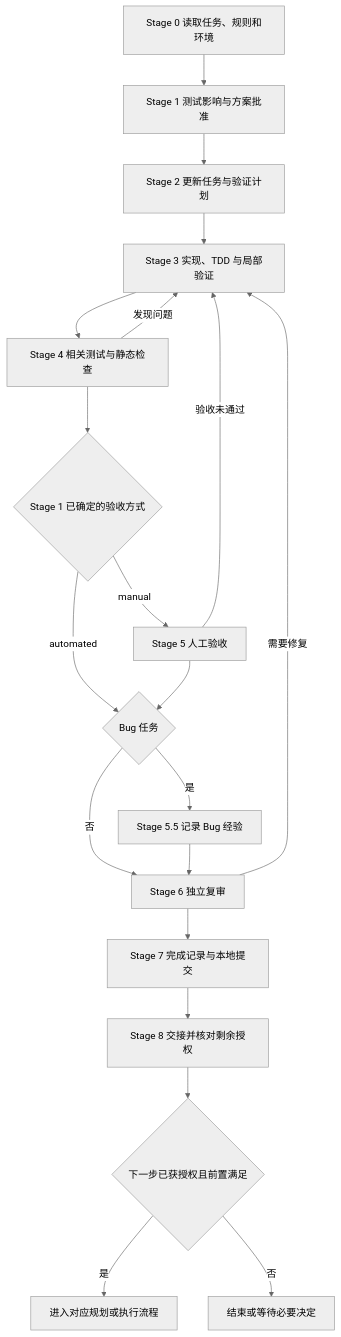
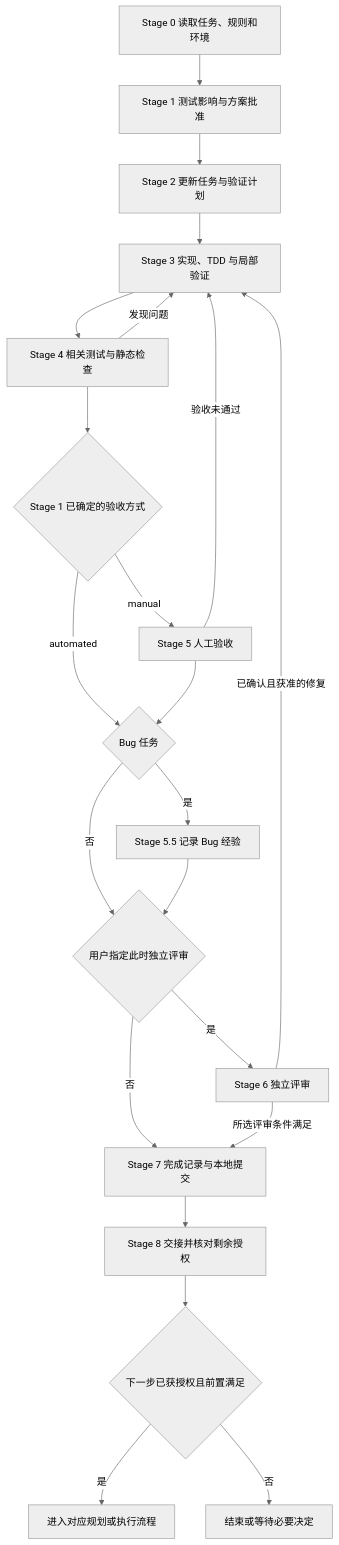
Before and after one commit to yxy823/Game_idle_yaya_frame: the second of 2 diagrams in project-source/Project_README.md, drawn with Mermaid (neutral theme). The commit also changed other lines of this file and 27 other files, not shown here.

````diff
--- a/project-source/Project_README.md
+++ b/project-source/Project_README.md
@@ -95,22 +95,24 @@
 ```mermaid
 flowchart TD
     S0[Stage 0 读取任务、规则和环境] --> S1[Stage 1 测试影响与方案批准]
     S1 --> S2[Stage 2 更新任务与验证计划]
     S2 --> S3[Stage 3 实现、TDD 与局部验证]
     S3 --> S4[Stage 4 相关测试与静态检查]
     S4 --> M{Stage 1 已确定的验收方式}
     M -->|manual| S5[Stage 5 人工验收]
     M -->|automated| B
     S5 --> B{Bug 任务}
     B -->|是| L[Stage 5.5 记录 Bug 经验]
-    B -->|否| S6[Stage 6 独立复审]
-    L --> S6
-    S6 --> S7[Stage 7 完成记录与本地提交]
+    B -->|否| R{用户指定此时独立评审}
+    L --> R
+    R -->|是| S6[Stage 6 独立评审]
+    R -->|否| S7[Stage 7 完成记录与本地提交]
+    S6 -->|所选评审条件满足| S7
     S7 --> S8[Stage 8 交接并核对剩余授权]
     S8 --> N{下一步已获授权且前置满足}
     N -->|是| W[进入对应规划或执行流程]
     N -->|否| E[结束或等待必要决定]
     S4 -->|发现问题| S3
     S5 -->|验收未通过| S3
-    S6 -->|需要修复| S3
+    S6 -->|已确认且获准的修复| S3
 ```
````
